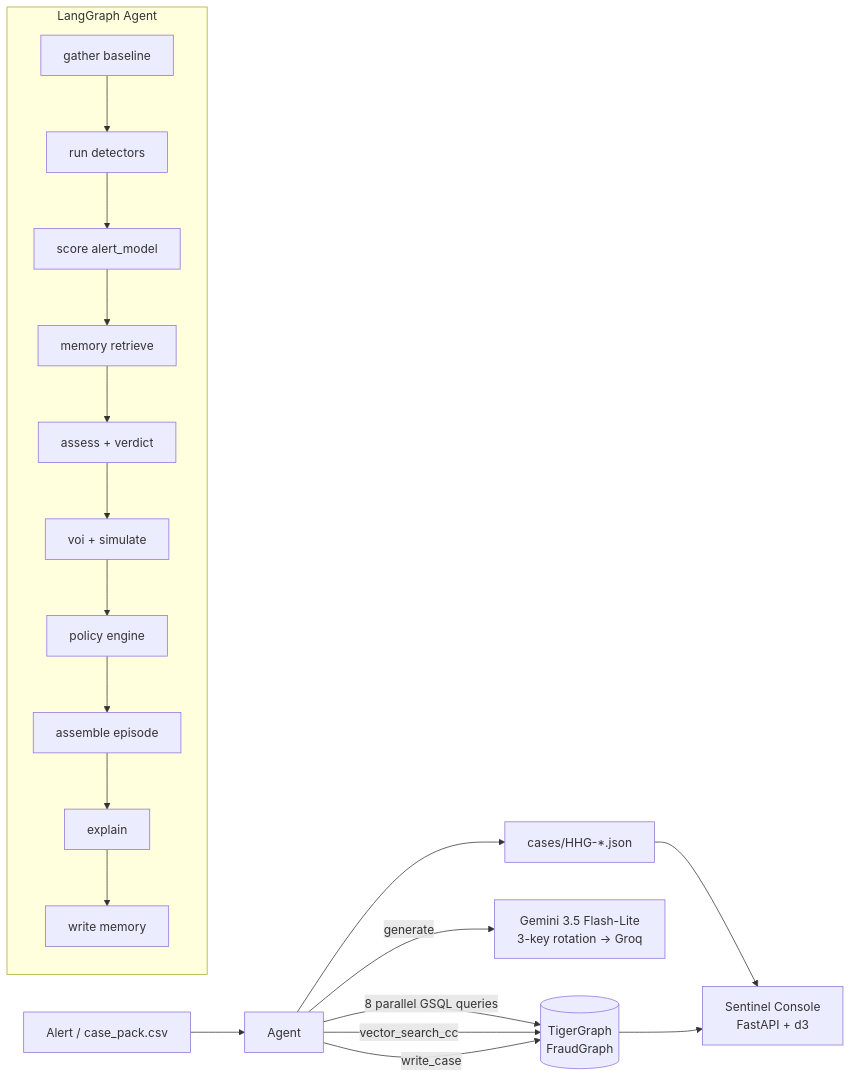
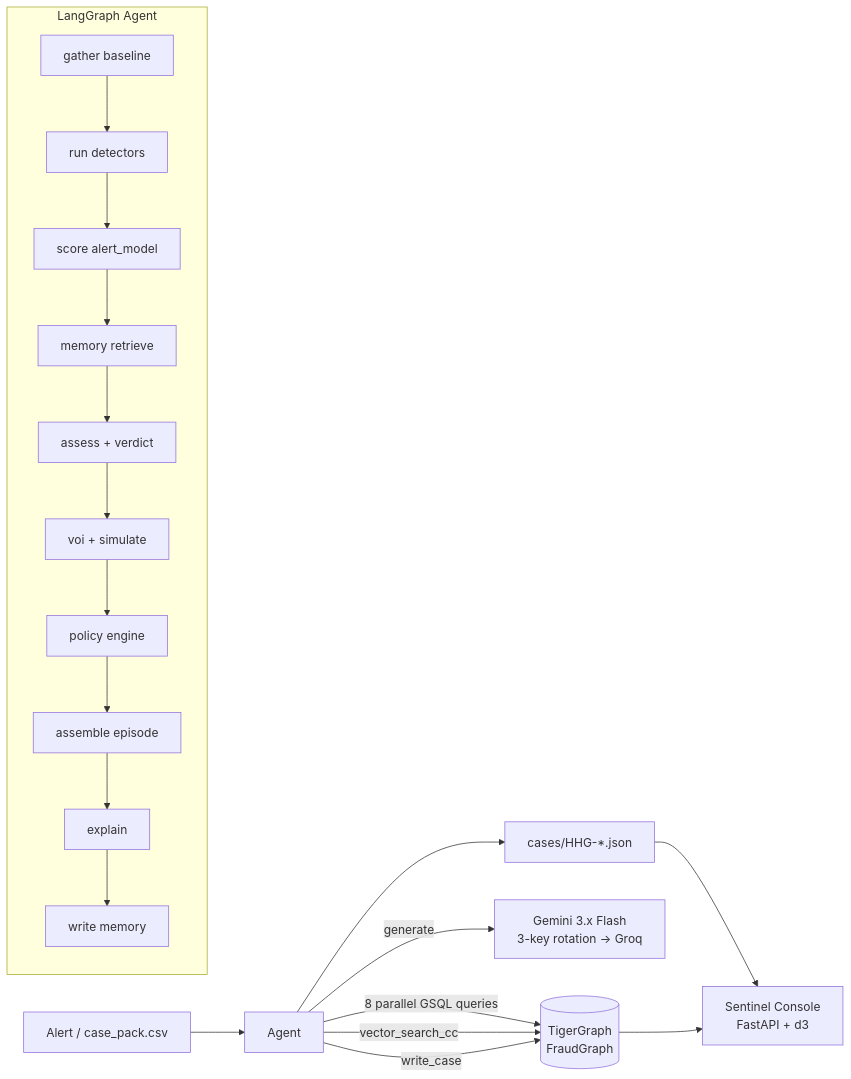
One commit to v4xsh/sentinel changed the diagram in README.md. Above: the diagram before and after it, drawn with Mermaid. The commit also changed other lines of this file, not shown here.

````diff
--- a/README.md
+++ b/README.md
@@ -49,24 +49,24 @@
 ```mermaid
 flowchart LR
   Alert[Alert / case_pack.csv] --> Agent
   subgraph LangGraph Agent
     A1[gather baseline]
     A2[run detectors]
     A3[score alert_model]
     A4[memory retrieve]
     A5[assess + verdict]
     A6[voi + simulate]
     A7[policy engine]
     A8[assemble episode]
     A9[explain]
     A10[write memory]
     A1 --> A2 --> A3 --> A4 --> A5 --> A6 --> A7 --> A8 --> A9 --> A10
   end
   Agent -- 8 parallel GSQL queries --> TG[(TigerGraph<br/>FraudGraph)]
   Agent -- vector_search_cc --> TG
   Agent -- write_case --> TG
-  Agent -- generate --> LLM[Gemini 3.5 Flash-Lite<br/>3-key rotation → Groq]
+  Agent -- generate --> LLM[Gemini 3.x Flash<br/>3-key rotation → Groq]
   Agent --> Answer[cases/HHG-*.json]
   Answer --> UI[Sentinel Console<br/>FastAPI + d3]
   TG --> UI
 ```
````
